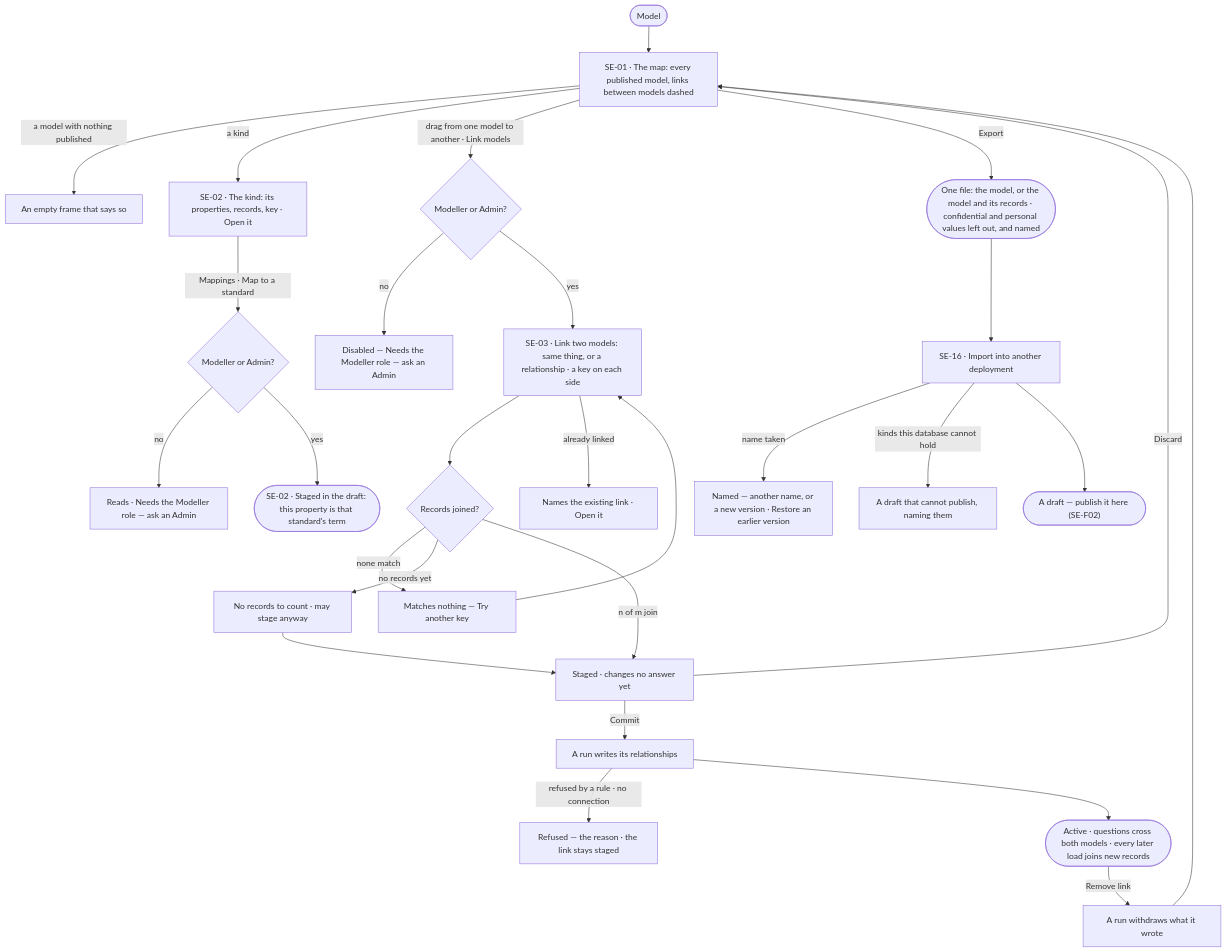
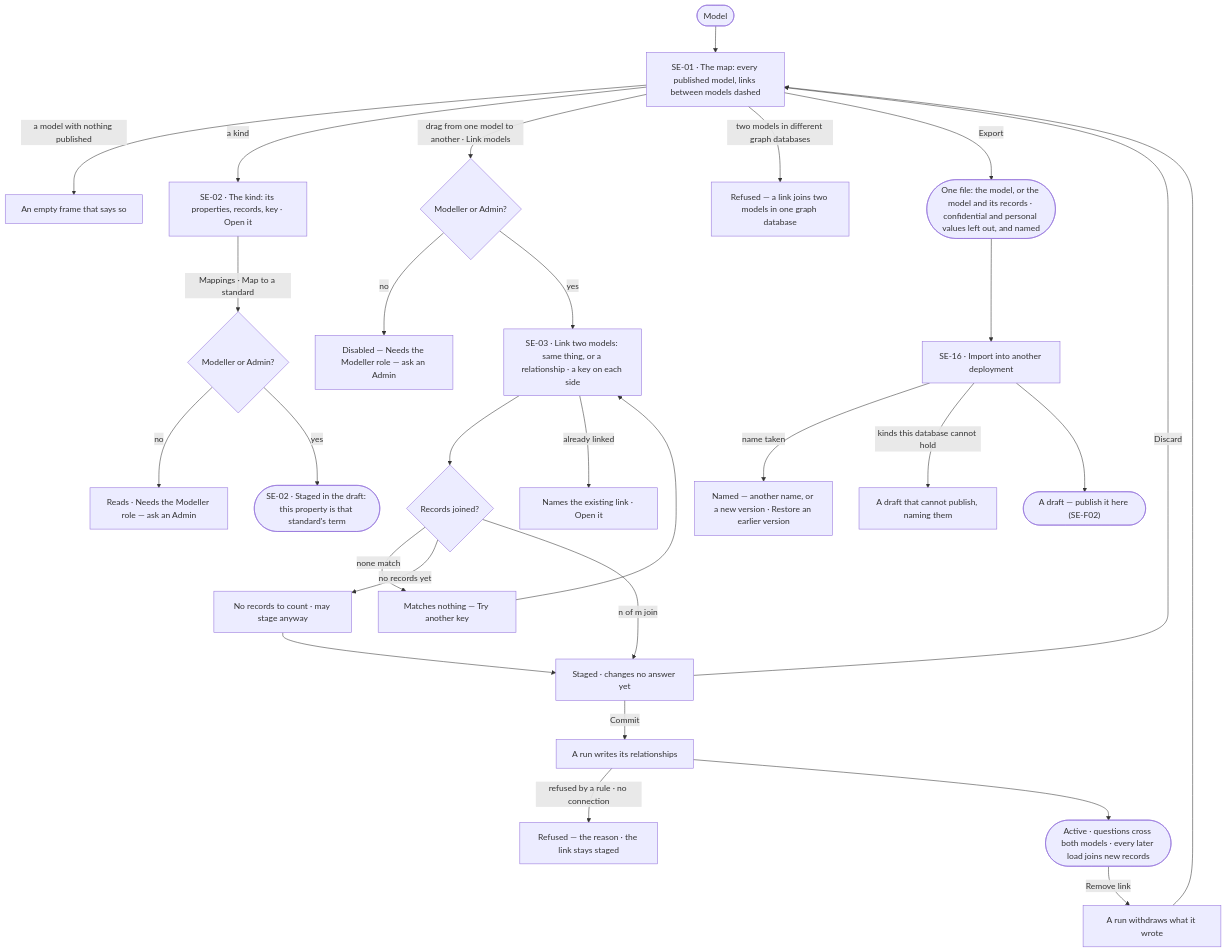
Before and after one commit to invana/invana: the first of 2 diagrams in specs/capabilities/semantics/features/SE-F06-links-and-mappings/feature.md, drawn with Mermaid. The commit also changed other lines of this file and 54 other files, not shown here.

First line of the commit message:
docs(specs): many graph databases by access, links within one database, Model views restored

````diff
--- a/specs/capabilities/semantics/features/SE-F06-links-and-mappings/feature.md
+++ b/specs/capabilities/semantics/features/SE-F06-links-and-mappings/feature.md
@@ -22,28 +22,29 @@
 ```mermaid
 flowchart TD
   start([Model]) --> map["SE-01 · The map: every published model, links between models dashed"]
   map -->|a model with nothing published| empty["An empty frame that says so"]
   map -->|a kind| k["SE-02 · The kind: its properties, records, key · Open it"]
   k -->|Mappings · Map to a standard| mp{Modeller or Admin?}
   mp -->|no| na2["Reads · Needs the Modeller role — ask an Admin"]
   mp -->|yes| ms(["SE-02 · Staged in the draft: this property is that standard's term"])
   map -->|drag from one model to another · Link models| may{Modeller or Admin?}
   may -->|no| na["Disabled — Needs the Modeller role — ask an Admin"]
   may -->|yes| dec["SE-03 · Link two models: same thing, or a relationship · a key on each side"]
   dec --> cnt{Records joined?}
   cnt -->|none match| fix["Matches nothing — Try another key"] --> dec
   cnt -->|no records yet| ok0["No records to count · may stage anyway"]
   cnt -->|n of m join| st["Staged · changes no answer yet"]
   ok0 --> st
   dec -->|already linked| ex["Names the existing link · Open it"]
+  map -->|two models in different graph databases| xdb["Refused — a link joins two models in one graph database"]
   st -->|Discard| map
   st -->|Commit| run["A run writes its relationships"]
   run -->|refused by a rule · no connection| rf["Refused — the reason · the link stays staged"]
   run --> act(["Active · questions cross both models · every later load joins new records"])
   act -->|Remove link| rm["A run withdraws what it wrote"] --> map
   map -->|Export| ex1(["One file: the model, or the model and its records · confidential and personal values left out, and named"])
   ex1 --> imp["SE-16 · Import into another deployment"]
   imp -->|name taken| nt["Named — another name, or a new version · Restore an earlier version"]
   imp -->|kinds this database cannot hold| np["A draft that cannot publish, naming them"]
   imp --> dr(["A draft — publish it here (SE-F02)"])
 ```
````
